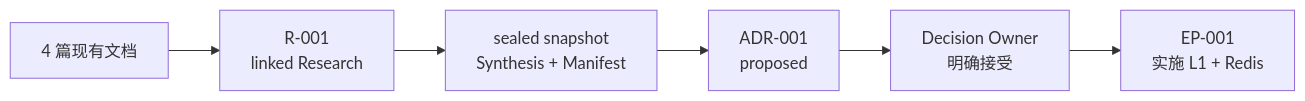
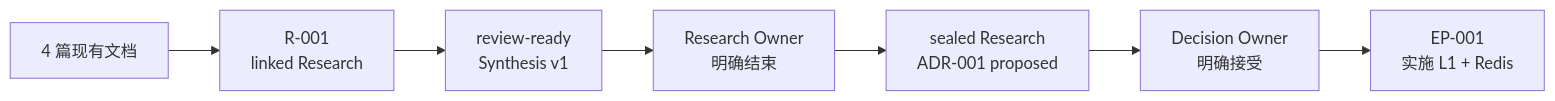
Before and after one commit to XiaoWeiKIN/RepoFoundryAI: the diagram in examples/cache-topology/README.md, drawn with Mermaid. The commit also changed other lines of this file and 20 other files, not shown here.

Commit message:
feat: make engineering research iterative and owner-governed

````diff
--- a/examples/cache-topology/README.md
+++ b/examples/cache-topology/README.md
@@ -6,8 +7,9 @@
 ```mermaid
 flowchart LR
     C["4 篇现有文档"] --> R["R-001<br/>linked Research"]
-    R --> S["sealed snapshot<br/>Synthesis + Manifest"]
-    S --> A["ADR-001<br/>proposed"]
+    R --> S["review-ready<br/>Synthesis v1"]
+    S --> H1["Research Owner<br/>明确结束"]
+    H1 --> A["sealed Research<br/>ADR-001 proposed"]
     A --> H["Decision Owner<br/>明确接受"]
     H --> E["EP-001<br/>实施 L1 + Redis"]
 ```
````
